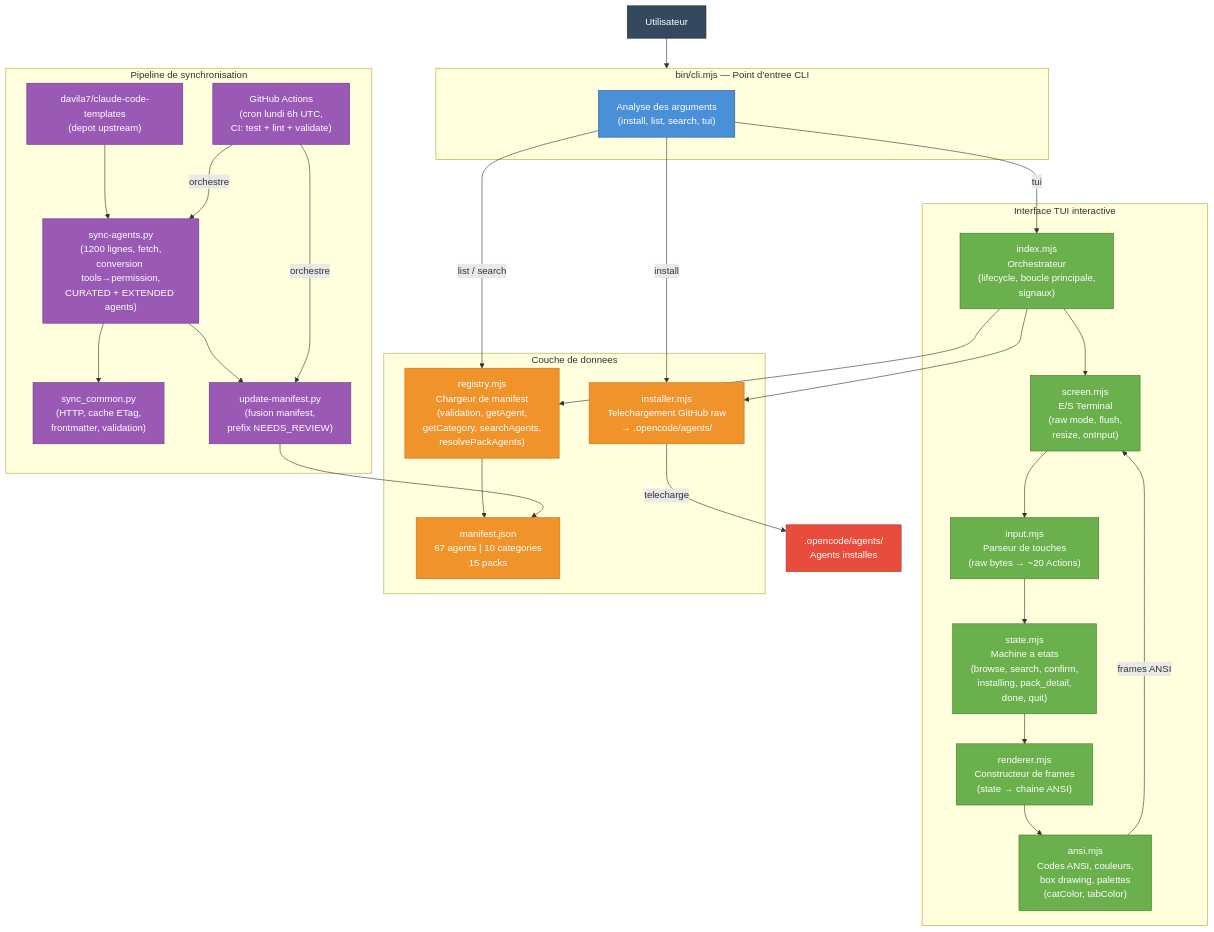
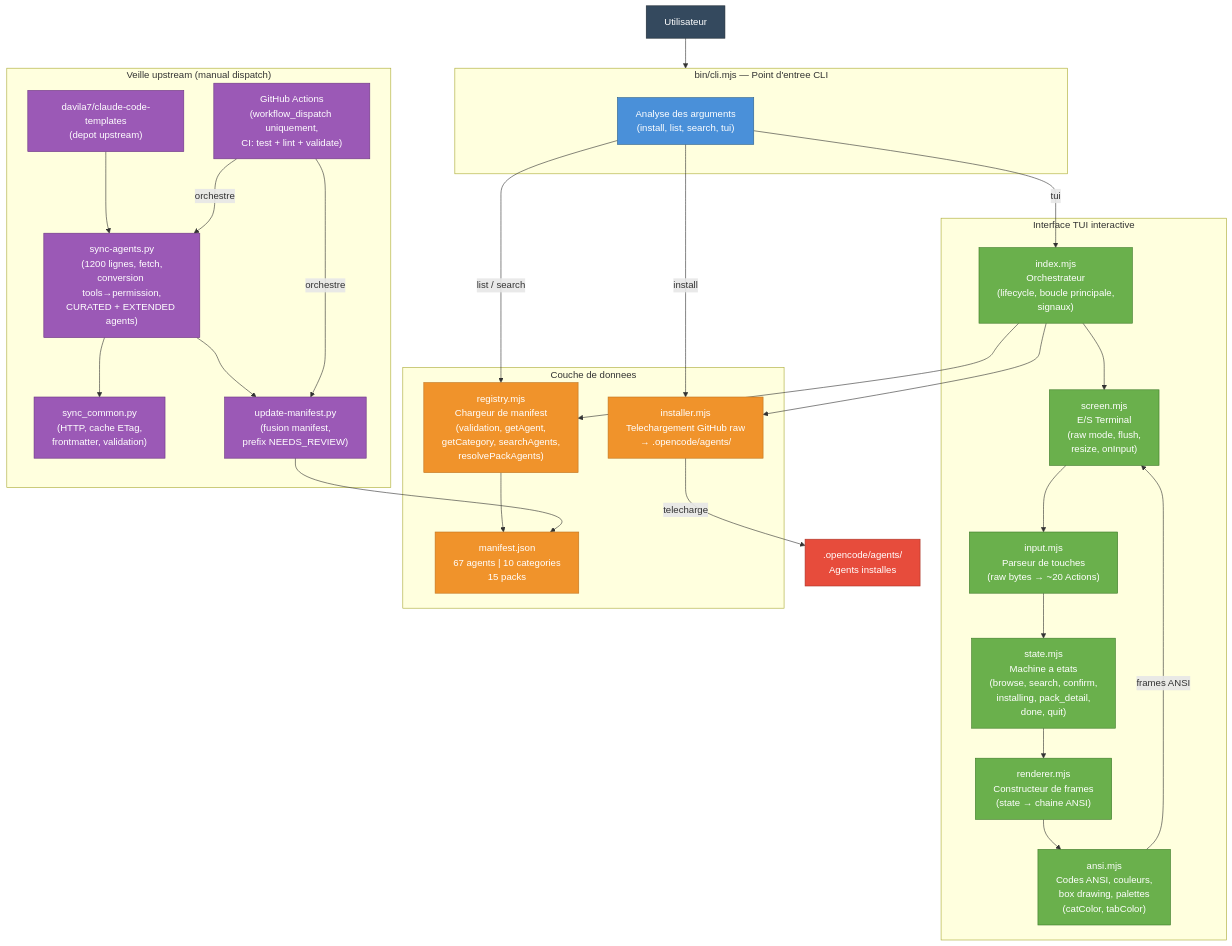
Before and after one commit to dmicheneau/opencode-template-agent: the diagram in README.md, drawn with Mermaid. The commit also changed other lines of this file and 3 other files, not shown here.

First line of the commit message:
docs: reframe sync as upstream discovery tool, rewrite CONTRIBUTING

````diff
--- a/README.md
+++ b/README.md
@@ -119,71 +119,71 @@
 ```mermaid
 flowchart TB
     User["Utilisateur"]
 
     subgraph CLI["bin/cli.mjs — Point d'entree CLI"]
         Parse["Analyse des arguments<br/>(install, list, search, tui)"]
     end
 
     subgraph TUI["Interface TUI interactive"]
         Index["index.mjs<br/>Orchestrateur<br/>(lifecycle, boucle principale,<br/>signaux)"]
         Screen["screen.mjs<br/>E/S Terminal<br/>(raw mode, flush,<br/>resize, onInput)"]
         Input["input.mjs<br/>Parseur de touches<br/>(raw bytes → ~20 Actions)"]
         State["state.mjs<br/>Machine a etats<br/>(browse, search, confirm,<br/>installing, pack_detail,<br/>done, quit)"]
         Renderer["renderer.mjs<br/>Constructeur de frames<br/>(state → chaine ANSI)"]
         Ansi["ansi.mjs<br/>Codes ANSI, couleurs,<br/>box drawing, palettes<br/>(catColor, tabColor)"]
     end
 
     subgraph Data["Couche de donnees"]
         Registry["registry.mjs<br/>Chargeur de manifest<br/>(validation, getAgent,<br/>getCategory, searchAgents,<br/>resolvePackAgents)"]
         Manifest["manifest.json<br/>67 agents | 10 categories<br/>15 packs"]
         Installer["installer.mjs<br/>Telechargement GitHub raw<br/>→ .opencode/agents/"]
     end
 
-    subgraph Sync["Pipeline de synchronisation"]
+    subgraph Sync["Veille upstream (manual dispatch)"]
         Upstream["davila7/claude-code-templates<br/>(depot upstream)"]
         SyncScript["sync-agents.py<br/>(1200 lignes, fetch,<br/>conversion tools→permission,<br/>CURATED + EXTENDED agents)"]
         SyncCommon["sync_common.py<br/>(HTTP, cache ETag,<br/>frontmatter, validation)"]
         UpdateManifest["update-manifest.py<br/>(fusion manifest,<br/>prefix NEEDS_REVIEW)"]
-        GHA["GitHub Actions<br/>(cron lundi 6h UTC,<br/>CI: test + lint + validate)"]
+        GHA["GitHub Actions<br/>(workflow_dispatch uniquement,<br/>CI: test + lint + validate)"]
     end
 
     LocalDir[".opencode/agents/<br/>Agents installes"]
 
     User --> CLI
     Parse -->|"tui"| Index
     Parse -->|"install"| Installer
     Parse -->|"list / search"| Registry
 
     Index --> Screen
     Screen --> Input
     Input --> State
     State --> Renderer
     Renderer --> Ansi
     Ansi -->|"frames ANSI"| Screen
 
     Index --> Registry
     Index --> Installer
     Registry --> Manifest
     Installer -->|"telecharge"| LocalDir
 
     Upstream --> SyncScript
     SyncScript --> SyncCommon
     SyncScript --> UpdateManifest
     UpdateManifest --> Manifest
     GHA -->|"orchestre"| SyncScript
     GHA -->|"orchestre"| UpdateManifest
 
     classDef entrypoint fill:#4a90d9,stroke:#2c5f8a,color:#fff
     classDef tui fill:#6ab04c,stroke:#3d7a28,color:#fff
     classDef data fill:#f0932b,stroke:#c0741e,color:#fff
     classDef sync fill:#9b59b6,stroke:#6c3483,color:#fff
     classDef storage fill:#e74c3c,stroke:#a93226,color:#fff
     classDef user fill:#34495e,stroke:#1c2833,color:#fff
 
     class User user
     class Parse entrypoint
     class Index,Screen,Input,State,Renderer,Ansi tui
     class Registry,Manifest,Installer data
     class Upstream,SyncScript,SyncCommon,UpdateManifest,GHA sync
     class LocalDir storage
 ```
````
